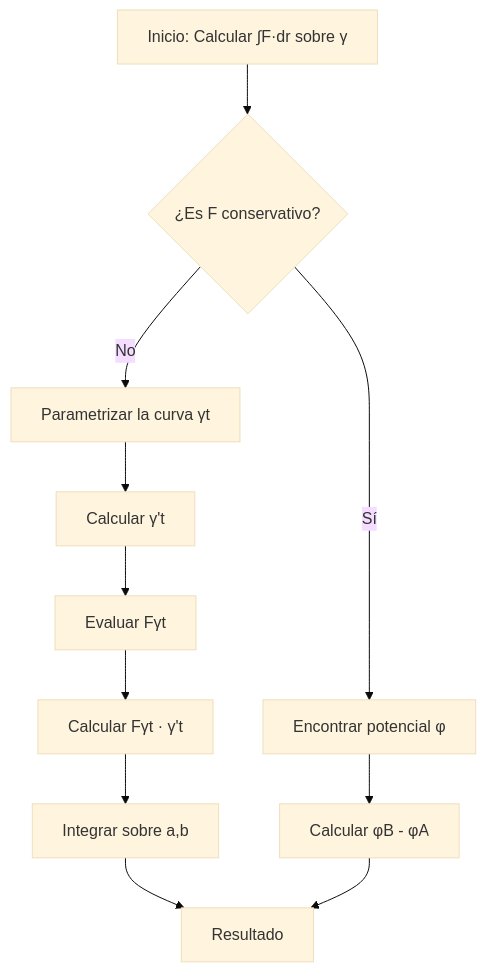
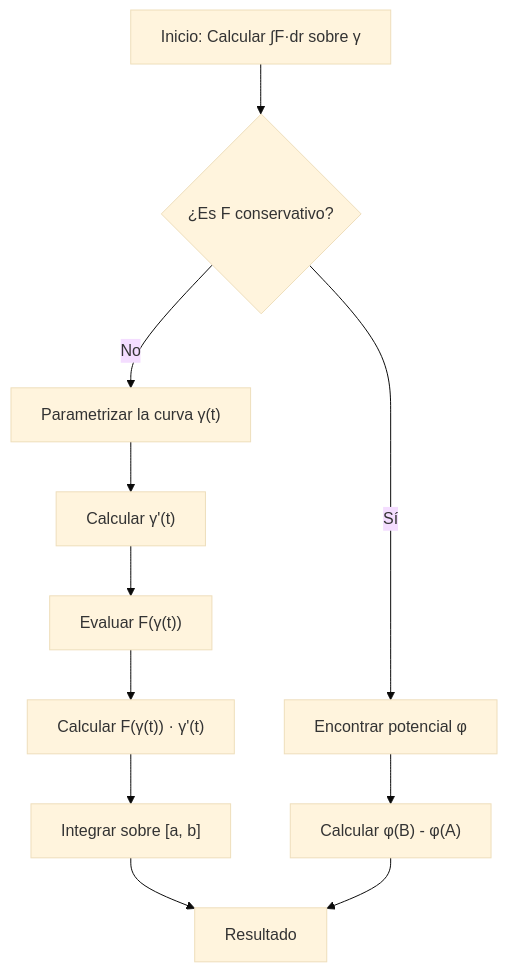
The second of 2 diagrams in public/documents/semester-3/2/3232.md (djaimej/computer-science-template), drawn with Mermaid (base theme) before and after one commit. The commit also changed other lines of this file and 21 other files, not shown here.

````diff
--- a/public/documents/semester-3/2/3232.md
+++ b/public/documents/semester-3/2/3232.md
@@ -98,13 +116,13 @@
 ```mermaid
 flowchart TD
     A[Inicio: Calcular ∫F·dr sobre γ] --> B{¿Es F conservativo?}
     B -->|Sí| C[Encontrar potencial φ]
-    C --> D[Calcular φB - φA]
-    B -->|No| E[Parametrizar la curva γt]
-    E --> F[Calcular γ't]
-    F --> G[Evaluar Fγt]
-    G --> H[Calcular Fγt · γ't]
-    H --> I[Integrar sobre a,b]
+    C --> D["Calcular φ(B) - φ(A)"]
+    B -->|No| E["Parametrizar la curva γ(t)"]
+    E --> F["Calcular γ'(t)"]
+    F --> G["Evaluar F(γ(t))"]
+    G --> H["Calcular F(γ(t)) · γ'(t)"]
+    H --> I["Integrar sobre [a, b]"]
     I --> J[Resultado]
     D --> J
 ```
````
